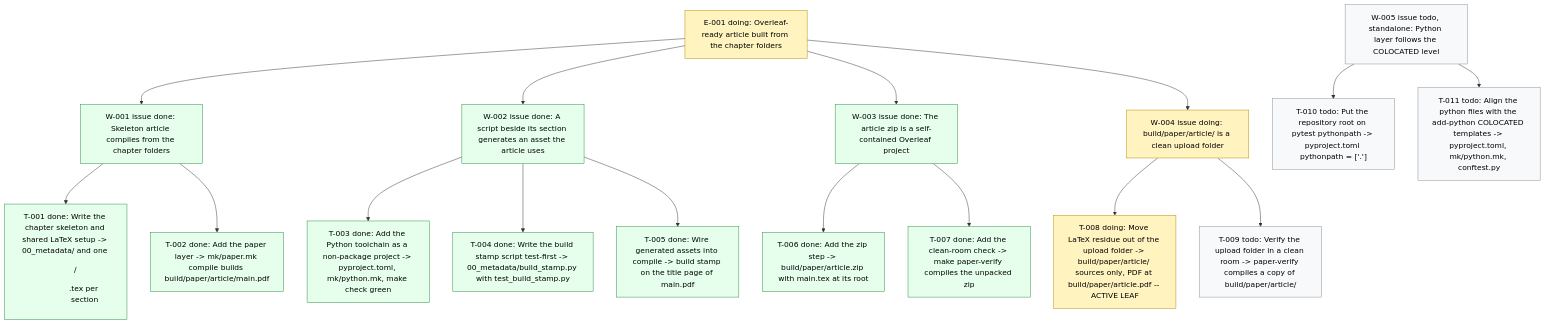
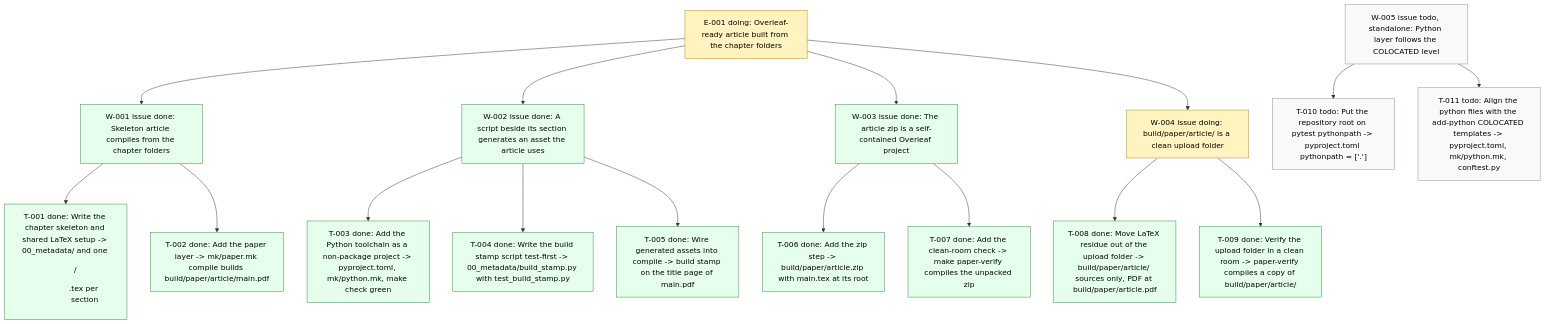
Before and after one commit to dpopchev/surrogate-models: the diagram in .board/BOARD.md, drawn with Mermaid. The commit also changed other lines of this file and 1 other file, not shown here.

Commit message:
chore: close T-009 on the board
Refs: W-004 T-009

````diff
--- a/.board/BOARD.md
+++ b/.board/BOARD.md
@@ -36,28 +36,28 @@
 ```mermaid
 flowchart TD
   E001["E-001 doing: Overleaf-ready article built from the chapter folders"]
   E001 --> W001["W-001 issue done: Skeleton article compiles from the chapter folders"]
   W001 --> T001["T-001 done: Write the chapter skeleton and shared LaTeX setup -> 00_metadata/ and one <dir>/<dir>.tex per section"]
   W001 --> T002["T-002 done: Add the paper layer -> mk/paper.mk compile builds build/paper/article/main.pdf"]
   E001 --> W002["W-002 issue done: A script beside its section generates an asset the article uses"]
   W002 --> T003["T-003 done: Add the Python toolchain as a non-package project -> pyproject.toml, mk/python.mk, make check green"]
   W002 --> T004["T-004 done: Write the build stamp script test-first -> 00_metadata/build_stamp.py with test_build_stamp.py"]
   W002 --> T005["T-005 done: Wire generated assets into compile -> build stamp on the title page of main.pdf"]
   E001 --> W003["W-003 issue done: The article zip is a self-contained Overleaf project"]
   W003 --> T006["T-006 done: Add the zip step -> build/paper/article.zip with main.tex at its root"]
   W003 --> T007["T-007 done: Add the clean-room check -> make paper-verify compiles the unpacked zip"]
   E001 --> W004["W-004 issue doing: build/paper/article/ is a clean upload folder"]
-  W004 --> T008["T-008 doing: Move LaTeX residue out of the upload folder -> build/paper/article/ sources only, PDF at build/paper/article.pdf -- ACTIVE LEAF"]
-  W004 --> T009["T-009 todo: Verify the upload folder in a clean room -> paper-verify compiles a copy of build/paper/article/"]
+  W004 --> T008["T-008 done: Move LaTeX residue out of the upload folder -> build/paper/article/ sources only, PDF at build/paper/article.pdf"]
+  W004 --> T009["T-009 done: Verify the upload folder in a clean room -> paper-verify compiles a copy of build/paper/article/"]
   W005["W-005 issue todo, standalone: Python layer follows the COLOCATED level"]
   W005 --> T010["T-010 todo: Put the repository root on pytest pythonpath -> pyproject.toml pythonpath = ['.']"]
   W005 --> T011["T-011 todo: Align the python files with the add-python COLOCATED templates -> pyproject.toml, mk/python.mk, conftest.py"]
   classDef doing fill:#fff3bf,stroke:#b58900,color:#000;
   classDef blocked fill:#ffe3e3,stroke:#c92a2a,color:#000;
   classDef done fill:#e6ffed,stroke:#2b8a3e,color:#000;
   classDef todo fill:#f8f9fa,stroke:#868e96,color:#000;
   classDef pruned fill:#f1f3f5,stroke:#adb5bd,color:#000;
-  class E001,W004,T008 doing
-  class W001,T001,T002,W002,T003,T004,T005,W003,T006,T007 done
-  class T009,W005,T010,T011 todo
+  class E001,W004 doing
+  class W001,T001,T002,W002,T003,T004,T005,W003,T006,T007,T008,T009 done
+  class W005,T010,T011 todo
 ```
````
